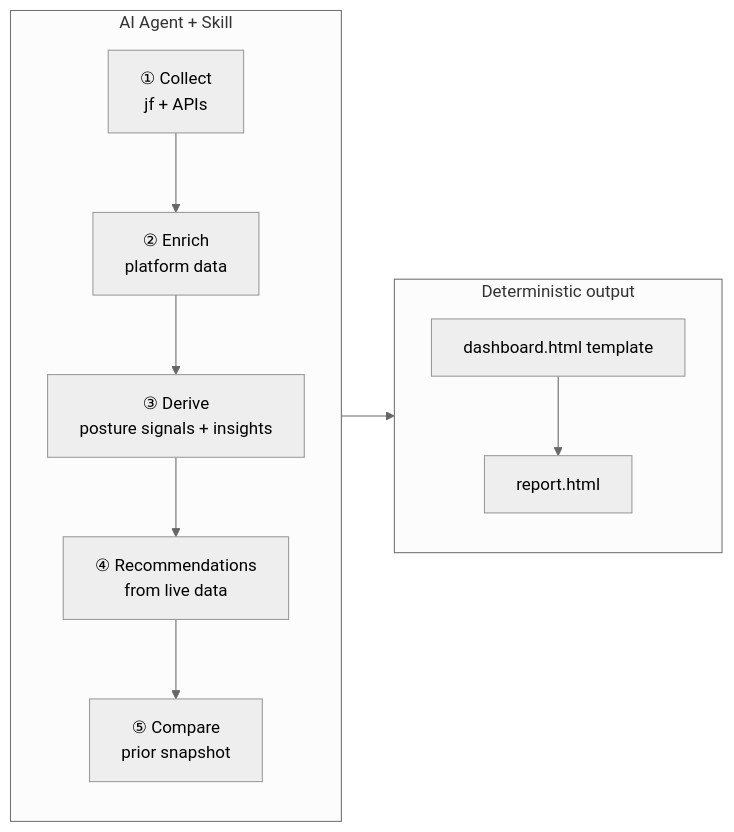
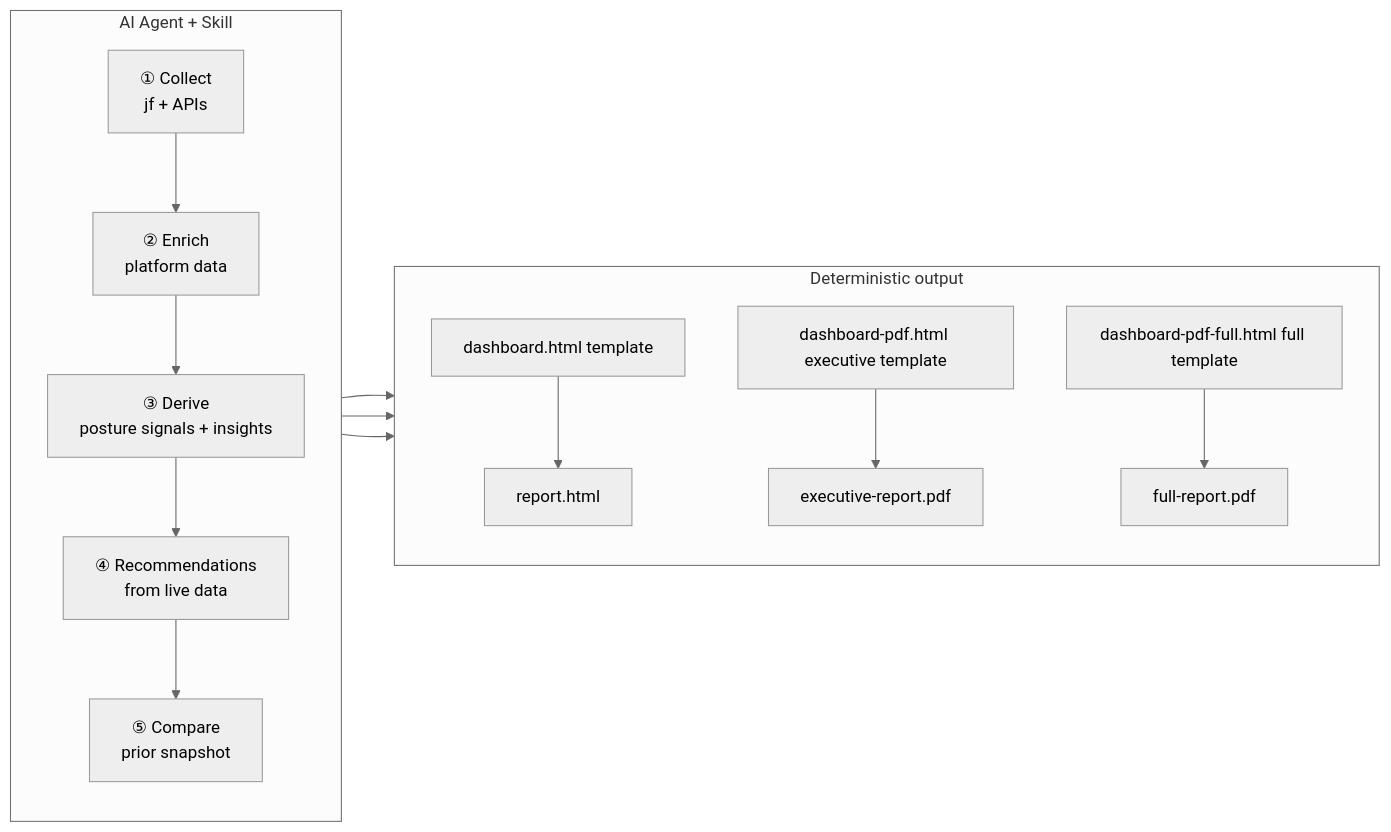
The first of 2 diagrams in README.md (liquid-jedi/jfrog-agentic-dashboard-skills), drawn with Mermaid (neutral theme) before and after one commit. The commit also changed other lines of this file and 41 other files, not shown here.

````diff
--- a/README.md
+++ b/README.md
@@ -14,17 +14,23 @@
 ```mermaid
 flowchart LR
   subgraph agent [AI Agent + Skill]
     direction TB
     COL["① Collect\njf + APIs"]
     ENR["② Enrich\nplatform data"]
     INS["③ Derive\nposture signals + insights"]
     REC["④ Recommendations\nfrom live data"]
     CMP["⑤ Compare\nprior snapshot"]
   end
   subgraph output [Deterministic output]
     direction TB
     TPL[dashboard.html template]
+    PTPL[dashboard-pdf.html executive template]
+    FPTPL[dashboard-pdf-full.html full template]
     HTML[report.html]
+    PDF[executive-report.pdf]
+    FPDF[full-report.pdf]
   end
   COL --> ENR --> INS --> REC --> CMP --> TPL --> HTML
+  CMP --> PTPL --> PDF
+  CMP --> FPTPL --> FPDF
 ```
````
